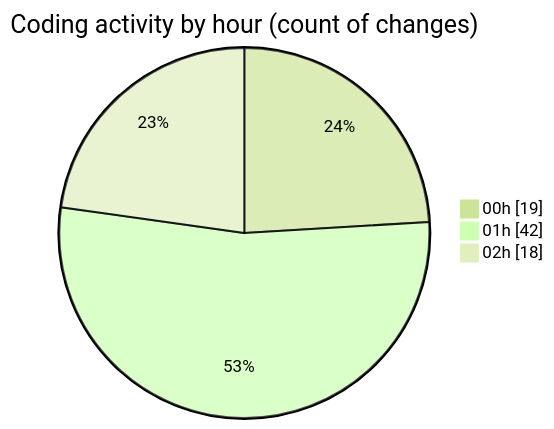
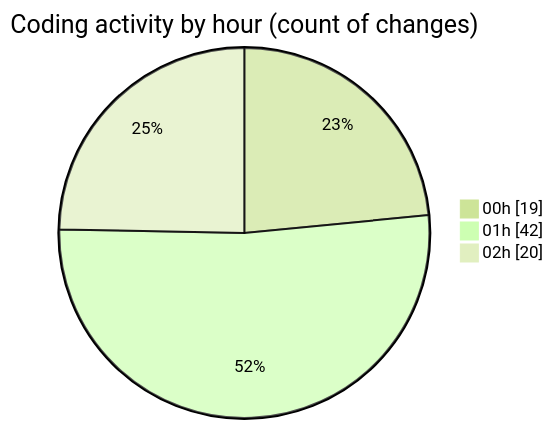
One commit to momahboobian/code-tracking changed the second of 2 diagrams in 2025-02-23/pdf-analysis-app/README.md. Above: the diagram before and after it, drawn with Mermaid (forest theme). The commit also changed other lines of this file and 1 other file, not shown here.

````diff
--- a/2025-02-23/pdf-analysis-app/README.md
+++ b/2025-02-23/pdf-analysis-app/README.md
@@ -44,7 +44,7 @@
 ```mermaid
 pie showData
 title Coding activity by hour (count of changes)
 "00h" : 19
 "01h" : 42
-"02h" : 18
+"02h" : 20
 ```
````
